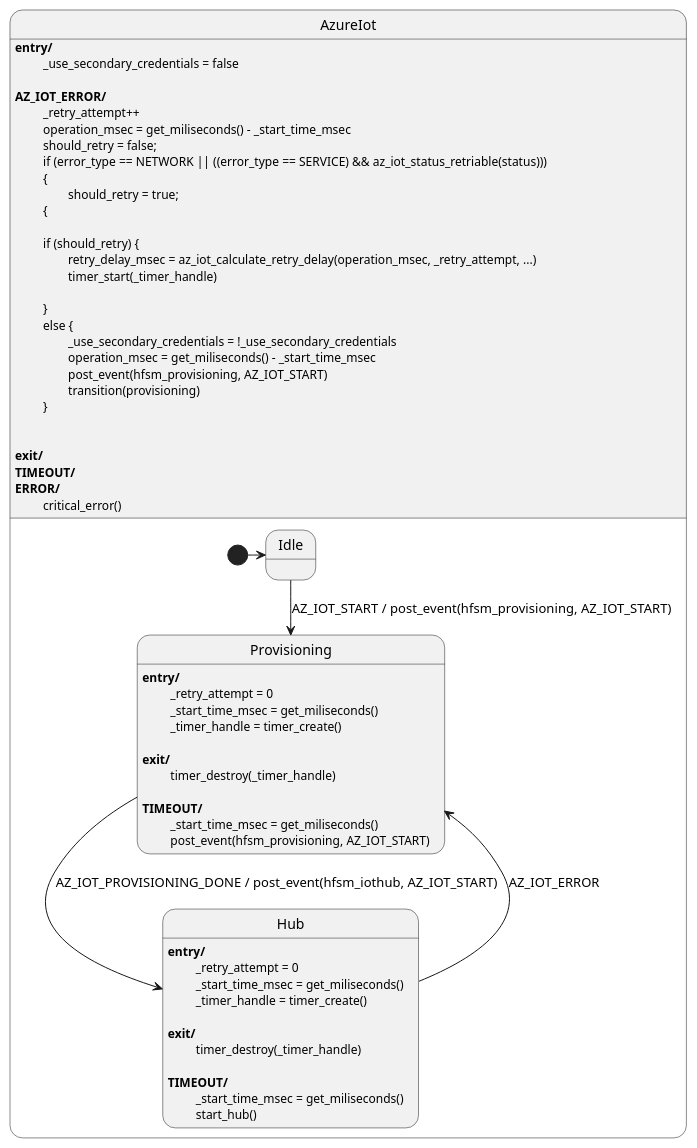
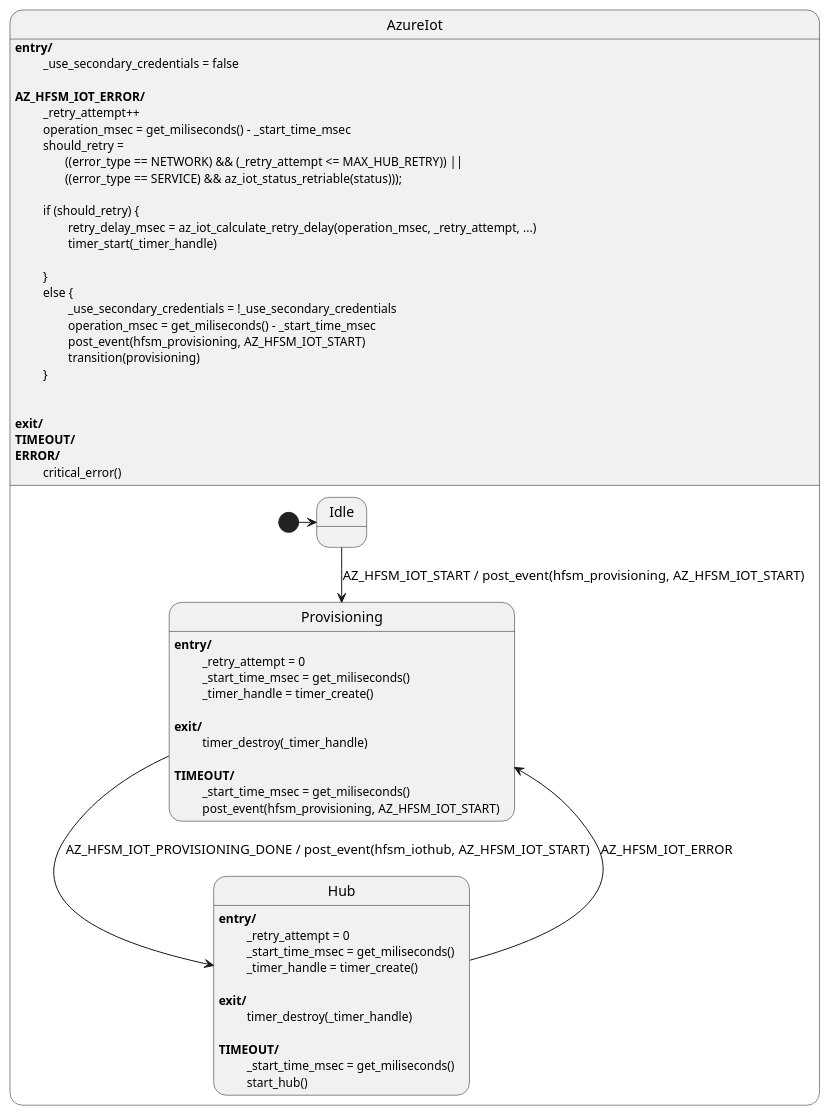
One commit to vaavva/azure-sdk-for-c-hfsm changed the diagram in sdk/docs/iot/resources/az_iot_hfsm.puml. Above: the diagram before and after it, drawn with PlantUML. The commit also changed 9 other files, not shown here.

Commit message:
WIP Azure IoT HFSM

```diff
--- a/sdk/docs/iot/resources/az_iot_hfsm.puml
+++ b/sdk/docs/iot/resources/az_iot_hfsm.puml
@@ -1,69 +1,67 @@
 @startuml Azure IoT HFSM
 
 state AzureIot {
     state Idle
     
     state Provisioning
     Provisioning: <b>entry/</b>
     Provisioning : \t _retry_attempt = 0
     Provisioning : \t _start_time_msec = get_miliseconds()
     Provisioning : \t _timer_handle = timer_create()
     Provisioning :
     Provisioning : <b>exit/</b>
     Provisioning : \t timer_destroy(_timer_handle)
     Provisioning :
     Provisioning : <b>TIMEOUT/</b>
     Provisioning : \t _start_time_msec = get_miliseconds()
-    Provisioning : \t post_event(hfsm_provisioning, AZ_IOT_START)
+    Provisioning : \t post_event(hfsm_provisioning, AZ_HFSM_IOT_START)
 
     state Hub
     Hub : <b>entry/</b>
     Hub : \t _retry_attempt = 0
     Hub : \t _start_time_msec = get_miliseconds()
     Hub : \t _timer_handle = timer_create()
     Hub :
     Hub : <b>exit/</b>
     Hub : \t timer_destroy(_timer_handle)
     Hub : 
     Hub : <b>TIMEOUT/</b>
     Hub : \t _start_time_msec = get_miliseconds()
     Hub : \t start_hub()
     
     [*] -> Idle
-    Idle --> Provisioning : AZ_IOT_START / post_event(hfsm_provisioning, AZ_IOT_START)
-    Provisioning --> Hub : AZ_IOT_PROVISIONING_DONE / post_event(hfsm_iothub, AZ_IOT_START)
+    Idle --> Provisioning : AZ_HFSM_IOT_START / post_event(hfsm_provisioning, AZ_HFSM_IOT_START)
+    Provisioning --> Hub : AZ_HFSM_IOT_PROVISIONING_DONE / post_event(hfsm_iothub, AZ_HFSM_IOT_START)
 
-    Hub -> Provisioning : AZ_IOT_ERROR
+    Hub -> Provisioning : AZ_HFSM_IOT_ERROR
 }
 
 AzureIot : <b>entry/</b> 
 AzureIot : \t _use_secondary_credentials = false
 AzureIot :
-AzureIot : <b>AZ_IOT_ERROR/</b>
+AzureIot : <b>AZ_HFSM_IOT_ERROR/</b>
 AzureIot : \t _retry_attempt++
 AzureIot : \t operation_msec = get_miliseconds() - _start_time_msec
-AzureIot : \t should_retry = false;
-AzureIot : \t if (error_type == NETWORK || ((error_type == SERVICE) && az_iot_status_retriable(status)))
-AzureIot : \t {
-AzureIot : \t\t should_retry = true;
-AzureIot : \t {
+AzureIot : \t should_retry = 
+AzureIot : \t\t((error_type == NETWORK) && (_retry_attempt <= MAX_HUB_RETRY)) || 
+AzureIot : \t\t((error_type == SERVICE) && az_iot_status_retriable(status)));
 AzureIot: 
 AzureIot : \t if (should_retry) {
 AzureIot : \t\t retry_delay_msec = az_iot_calculate_retry_delay(operation_msec, _retry_attempt, ...)
 AzureIot : \t\t timer_start(_timer_handle)
 AzureIot : \t\t
 AzureIot : \t }
 AzureIot : \t else {
 AzureIot : \t\t _use_secondary_credentials = !_use_secondary_credentials
 AzureIot:  \t\t operation_msec = get_miliseconds() - _start_time_msec
-AzureIot : \t\t post_event(hfsm_provisioning, AZ_IOT_START)
+AzureIot : \t\t post_event(hfsm_provisioning, AZ_HFSM_IOT_START)
 AzureIot : \t\t transition(provisioning)
 AzureIot : \t }
 AzureIot :
 AzureIot :
 AzureIot : <b>exit/</b>
 AzureIot : <b>TIMEOUT/</b>
 AzureIot : <b>ERROR/</b>
 AzureIot : \t critical_error()
 
 @enduml
```
